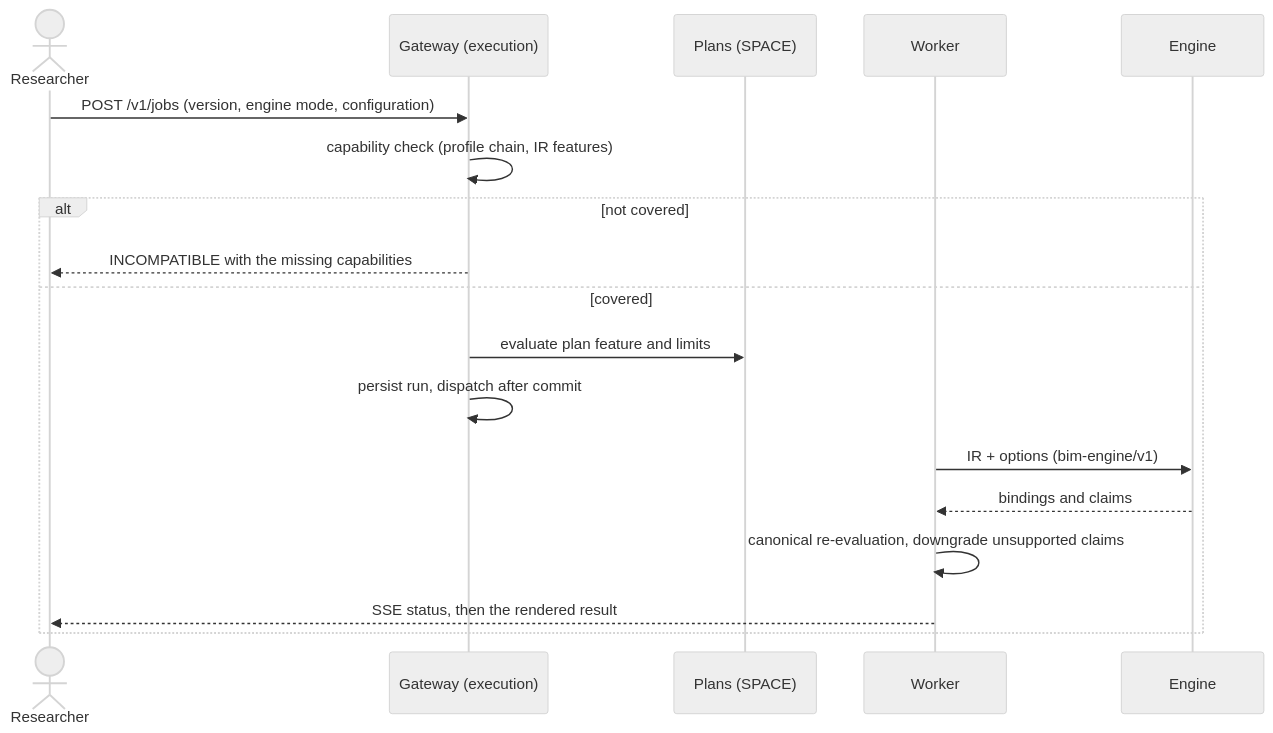
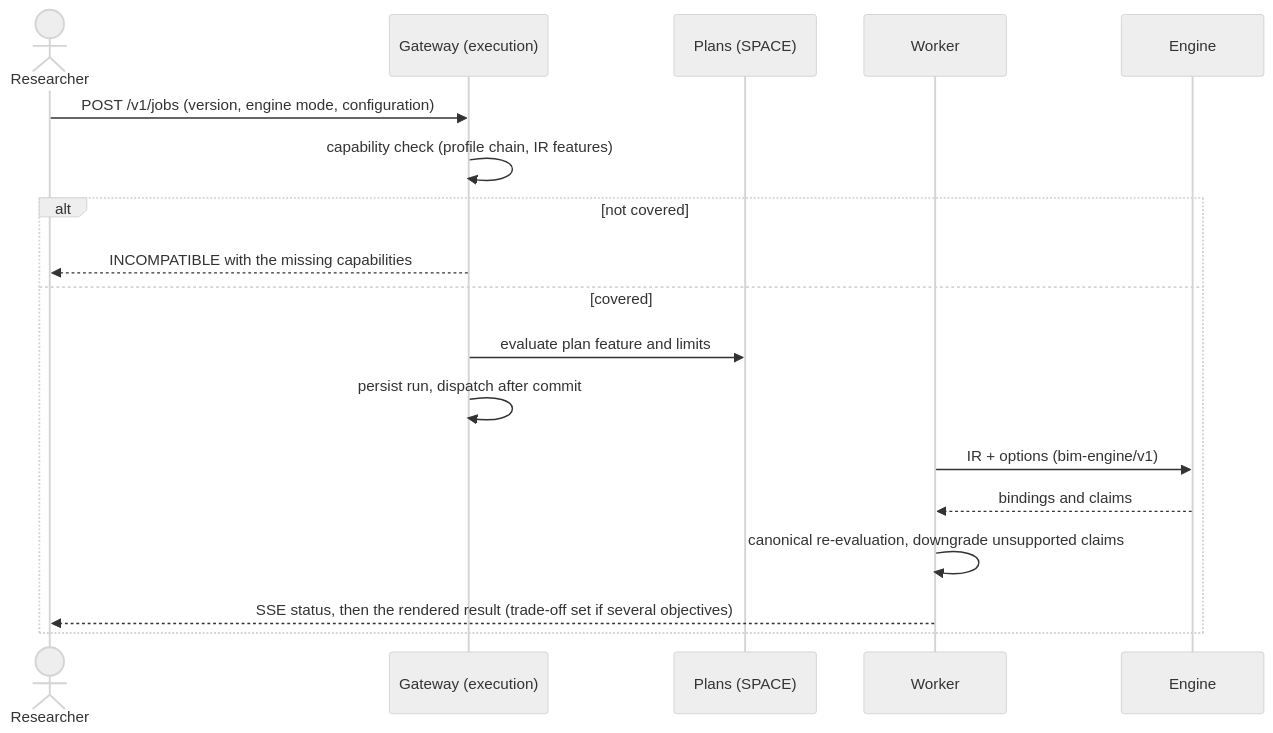
The fifth of 6 diagrams in docs/ARCHITECTURE.md (isa-group/OpenBinding), drawn with Mermaid (neutral theme) before and after one commit. The commit also changed other lines of this file and 11 other files, not shown here.

First line of the commit message:
docs(architecture): align architecture, roadmap and agent guide with the smaller platform

````diff
--- a/docs/ARCHITECTURE.md
+++ b/docs/ARCHITECTURE.md
@@ -280,20 +331,20 @@
 ```mermaid
 sequenceDiagram
   actor U as Researcher
   participant G as Gateway (execution)
   participant P as Plans (SPACE)
   participant Q as Worker
   participant E as Engine
   U->>G: POST /v1/jobs (version, engine mode, configuration)
   G->>G: capability check (profile chain, IR features)
   alt not covered
     G-->>U: INCOMPATIBLE with the missing capabilities
   else covered
     G->>P: evaluate plan feature and limits
     G->>G: persist run, dispatch after commit
     Q->>E: IR + options (bim-engine/v1)
     E-->>Q: bindings and claims
     Q->>Q: canonical re-evaluation, downgrade unsupported claims
-    Q-->>U: SSE status, then the rendered result
+    Q-->>U: SSE status, then the rendered result (trade-off set if several objectives)
   end
 ```
````
